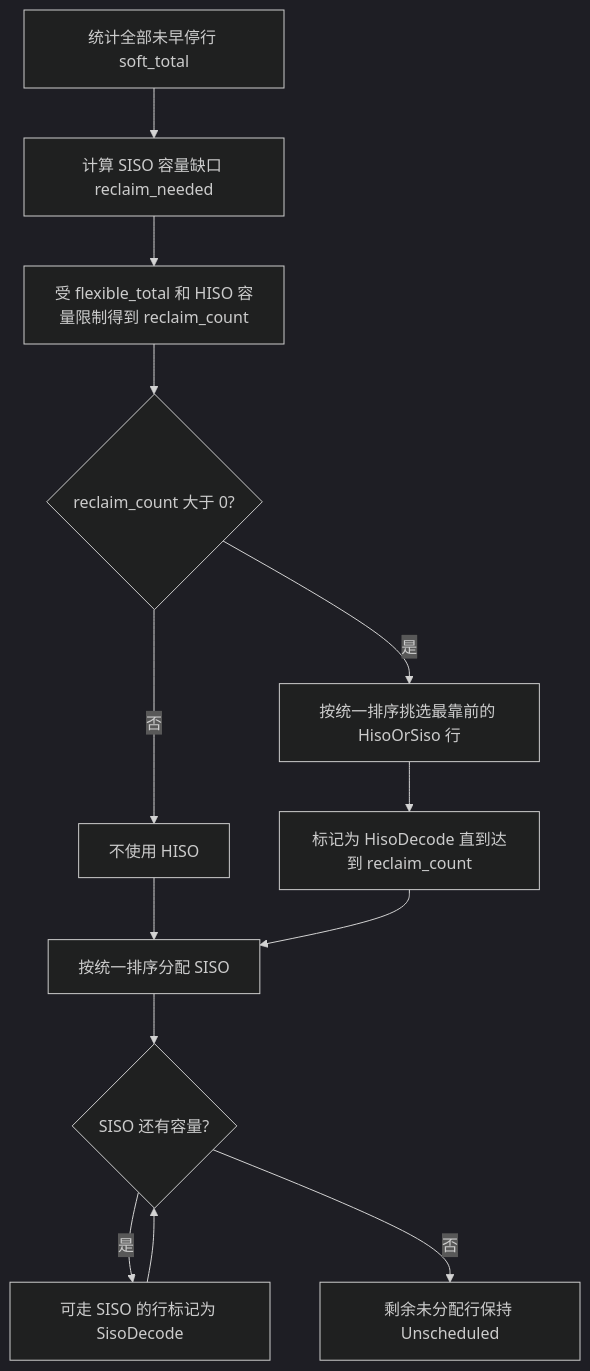
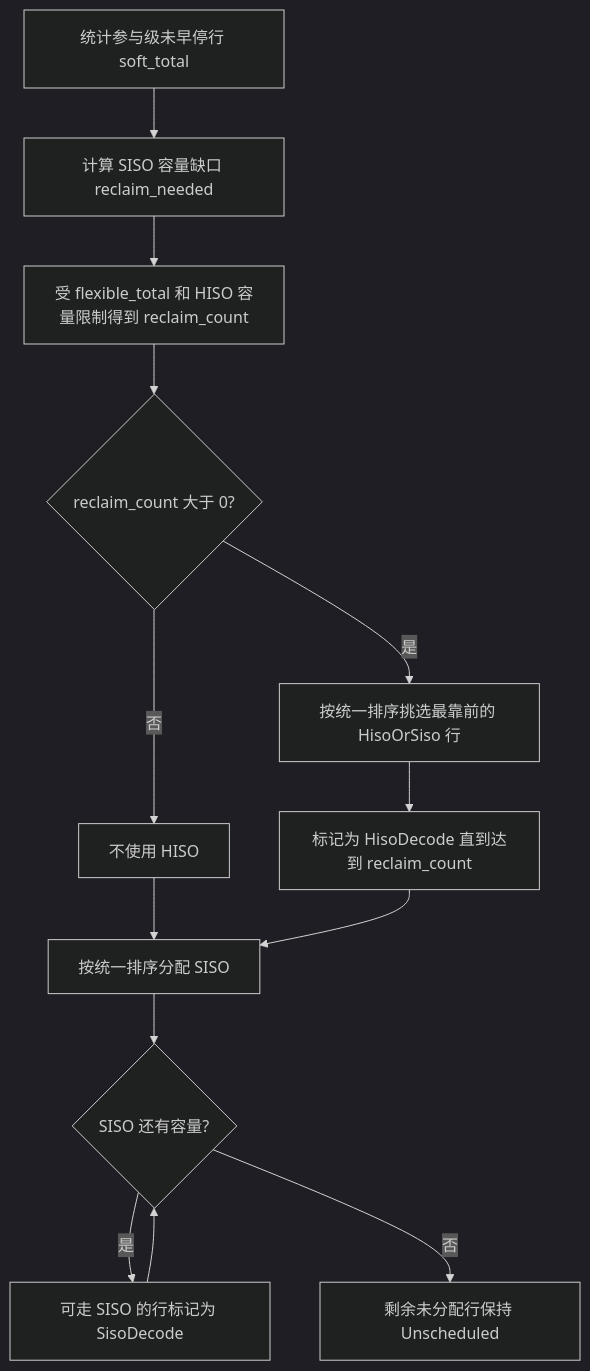
Before and after one commit to zsr71/oFEC-HUAWEI: the third of 4 diagrams in doc/ofec_level56_shared_decode_flow.md, drawn with Mermaid (dark theme). The commit also changed other lines of this file and 9 other files, not shown here.

````diff
--- a/doc/ofec_level56_shared_decode_flow.md
+++ b/doc/ofec_level56_shared_decode_flow.md
@@ -333,15 +387,15 @@
 ```mermaid
 flowchart TD
-    A[统计全部未早停行 soft_total] --> B[计算 SISO 容量缺口 reclaim_needed]
+    A[统计参与级未早停行 soft_total] --> B[计算 SISO 容量缺口 reclaim_needed]
     B --> C[受 flexible_total 和 HISO 容量限制得到 reclaim_count]
     C --> D{reclaim_count 大于 0?}
     D -- 否 --> E[不使用 HISO]
     D -- 是 --> F[按统一排序挑选最靠前的 HisoOrSiso 行]
     F --> G[标记为 HisoDecode 直到达到 reclaim_count]
     E --> H[按统一排序分配 SISO]
     G --> H
     H --> I{SISO 还有容量?}
     I -- 是 --> J[可走 SISO 的行标记为 SisoDecode]
     J --> I
     I -- 否 --> K[剩余未分配行保持 Unscheduled]
 ```
````
